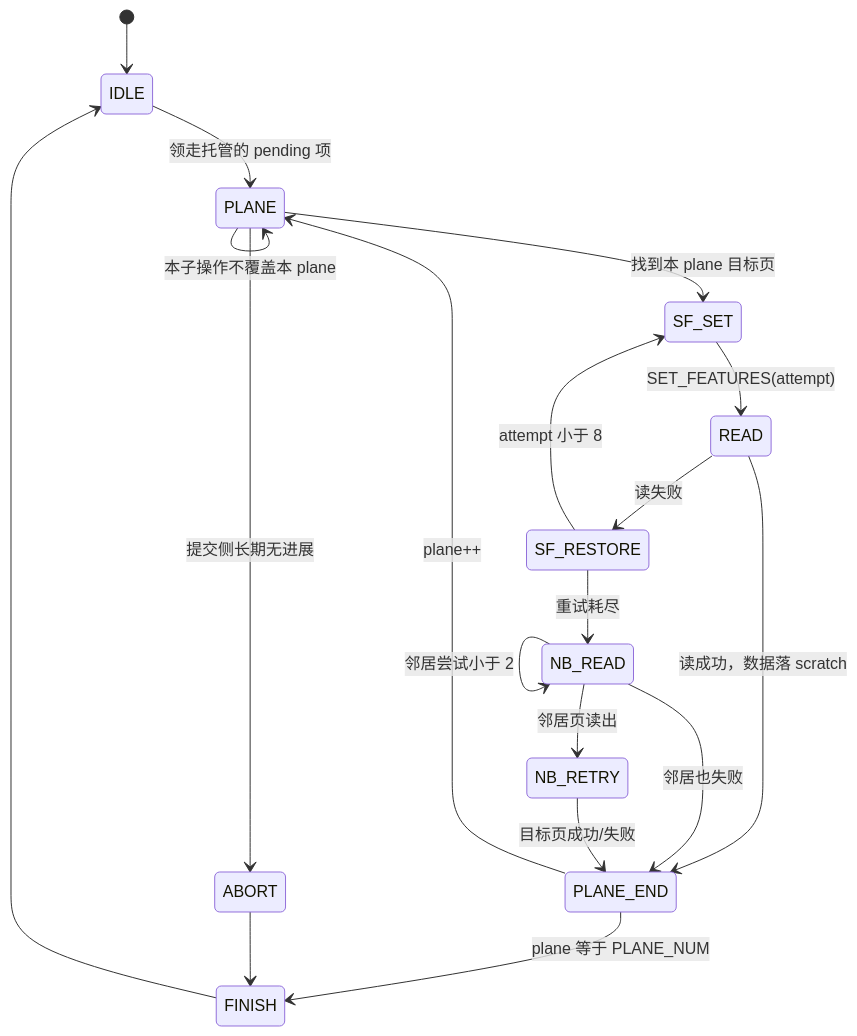
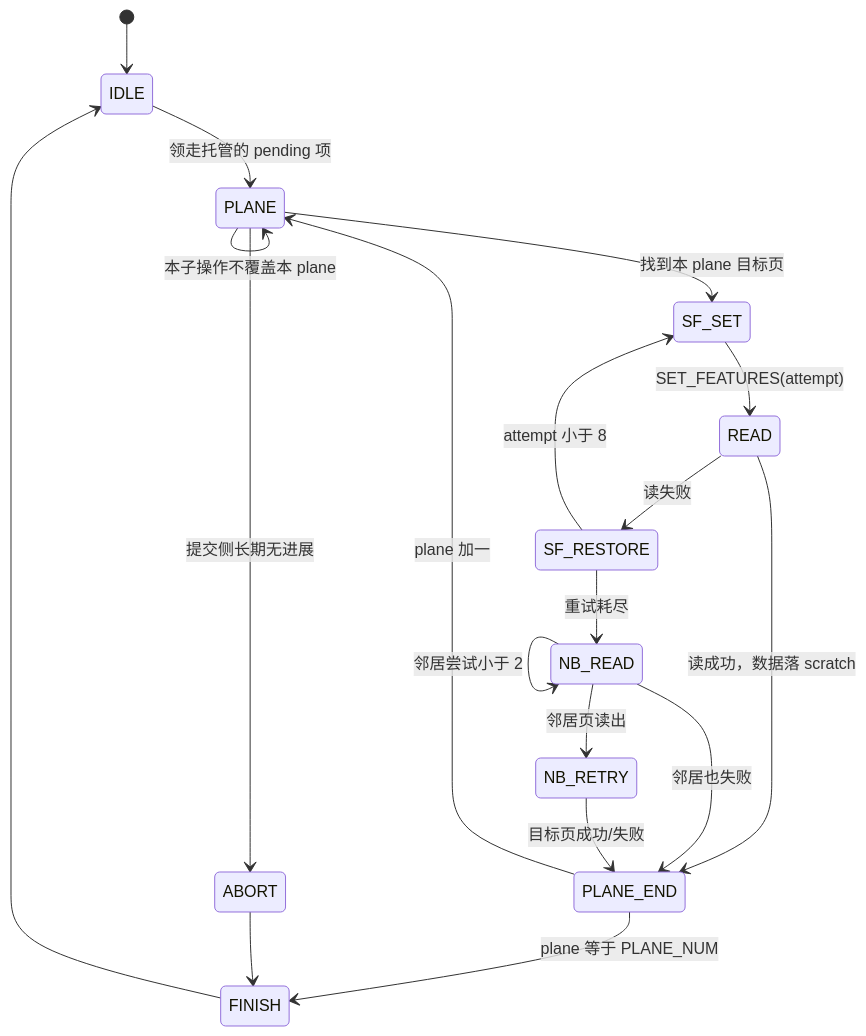
One commit to YzYMIAO/BASESSD changed diagram 18 of 28 in docs/design/ftl_design.md. Above: the diagram before and after it, drawn with Mermaid. The commit also changed other lines of this file, not shown here.

First line of the commit message:
docs(ftl): 补充推荐阅读顺序并清理 mermaid 序列图

````diff
--- a/docs/design/ftl_design.md
+++ b/docs/design/ftl_design.md
@@ -2567,21 +2602,21 @@
 ```mermaid
 stateDiagram-v2
     [*] --> IDLE
     IDLE --> PLANE: 领走托管的 pending 项
     PLANE --> SF_SET: 找到本 plane 目标页
     PLANE --> PLANE: 本子操作不覆盖本 plane
     SF_SET --> READ: SET_FEATURES(attempt)
     READ --> PLANE_END: 读成功，数据落 scratch
     READ --> SF_RESTORE: 读失败
     SF_RESTORE --> SF_SET: attempt 小于 8
     SF_RESTORE --> NB_READ: 重试耗尽
     NB_READ --> NB_RETRY: 邻居页读出
     NB_READ --> NB_READ: 邻居尝试小于 2
     NB_READ --> PLANE_END: 邻居也失败
     NB_RETRY --> PLANE_END: 目标页成功/失败
-    PLANE_END --> PLANE: plane++
+    PLANE_END --> PLANE: plane 加一
     PLANE_END --> FINISH: plane 等于 PLANE_NUM
     FINISH --> IDLE
     PLANE --> ABORT: 提交侧长期无进展
     ABORT --> FINISH
 ```
````
